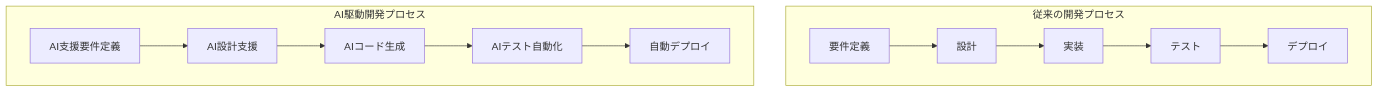
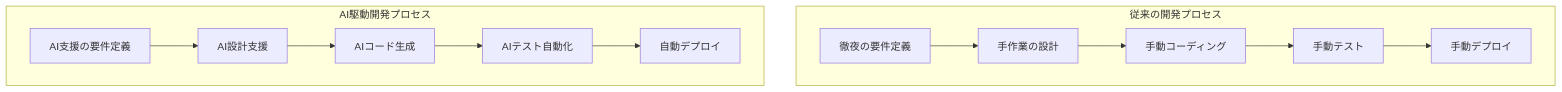
One commit to cyber-freaks-jp/AI_Driven_Development_Course changed the first of 5 diagrams in book/pages/実際の現場で起きている変化.md. Above: the diagram before and after it, drawn with Mermaid. The commit also changed other lines of this file and 1 other file, not shown here.

````diff
--- a/book/pages/実際の現場で起きている変化.md
+++ b/book/pages/実際の現場で起きている変化.md
@@ -9,15 +13,15 @@
 ```mermaid
 graph TD
     subgraph 従来の開発プロセス
-        A1[要件定義] --> B1[設計]
-        B1 --> C1[実装]
-        C1 --> D1[テスト]
-        D1 --> E1[デプロイ]
+        A1[徹夜の要件定義] --> B1[手作業の設計]
+        B1 --> C1[手動コーディング]
+        C1 --> D1[手動テスト]
+        D1 --> E1[手動デプロイ]
     end
     subgraph AI駆動開発プロセス
-        A2[AI支援要件定義] --> B2[AI設計支援]
+        A2[AI支援の要件定義] --> B2[AI設計支援]
         B2 --> C2[AIコード生成]
         C2 --> D2[AIテスト自動化]
         D2 --> E2[自動デプロイ]
     end
 ```
````
